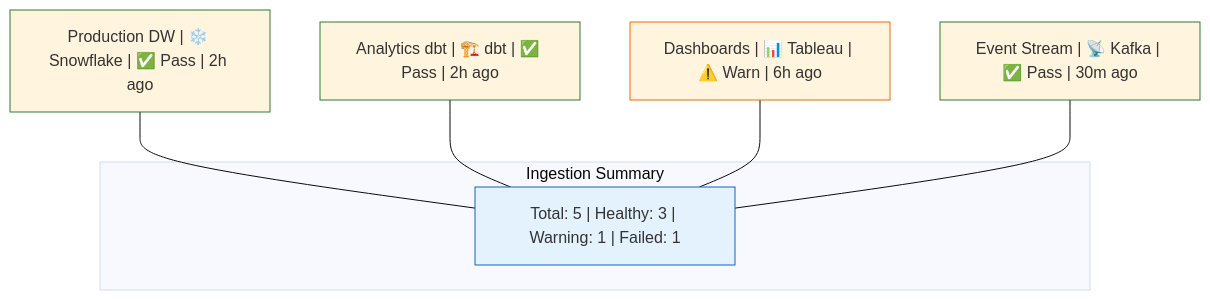
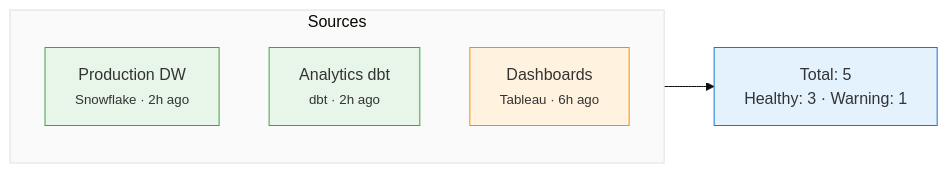
Before and after one commit to karan0207/datahub: the seventh of 8 diagrams in docs/tutorial-basics/ui-tour.md, drawn with Mermaid (base theme). The commit also changed other lines of this file and 7 other files, not shown here.

Commit message:
feat: updated graph chart

````diff
--- a/docs/tutorial-basics/ui-tour.md
+++ b/docs/tutorial-basics/ui-tour.md
@@ -226,22 +188,18 @@
 ```mermaid
-graph TD
-    S1["Production DW | ❄️ Snowflake | ✅ Pass | 2h ago"]
-    S2["Analytics dbt | 🏗️ dbt | ✅ Pass | 2h ago"]
-    S3["Dashboards | 📊 Tableau | ⚠️ Warn | 6h ago"]
-    S4["Event Stream | 📡 Kafka | ✅ Pass | 30m ago"]
-
-    subgraph "Ingestion Summary"
-        Total["Total: 5 | Healthy: 3 | Warning: 1 | Failed: 1"]
+flowchart LR
+    subgraph SOURCES[Sources]
+        S1["Production DW<br/><small>Snowflake · 2h ago</small>"]
+        S2["Analytics dbt<br/><small>dbt · 2h ago</small>"]
+        S3["Dashboards<br/><small>Tableau · 6h ago</small>"]
     end
 
-    S1 --- Total
-    S2 --- Total
-    S3 --- Total
-    S4 --- Total
+    SUMMARY["Total: 5<br/>Healthy: 3 · Warning: 1"]
 
-    style S1 stroke:#2e7d32
-    style S2 stroke:#2e7d32
-    style S3 stroke:#ef6c00
-    style S4 stroke:#2e7d32
-    style Total fill:#e3f2fd,stroke:#1565c0
+    SOURCES --> SUMMARY
+
+    style SOURCES fill:#fafafa,stroke:#e0e0e0
+    style S1 fill:#e8f5e9,stroke:#43a047
+    style S2 fill:#e8f5e9,stroke:#43a047
+    style S3 fill:#fff3e0,stroke:#fb8c00
+    style SUMMARY fill:#e3f2fd,stroke:#1976d2
 ```
````
